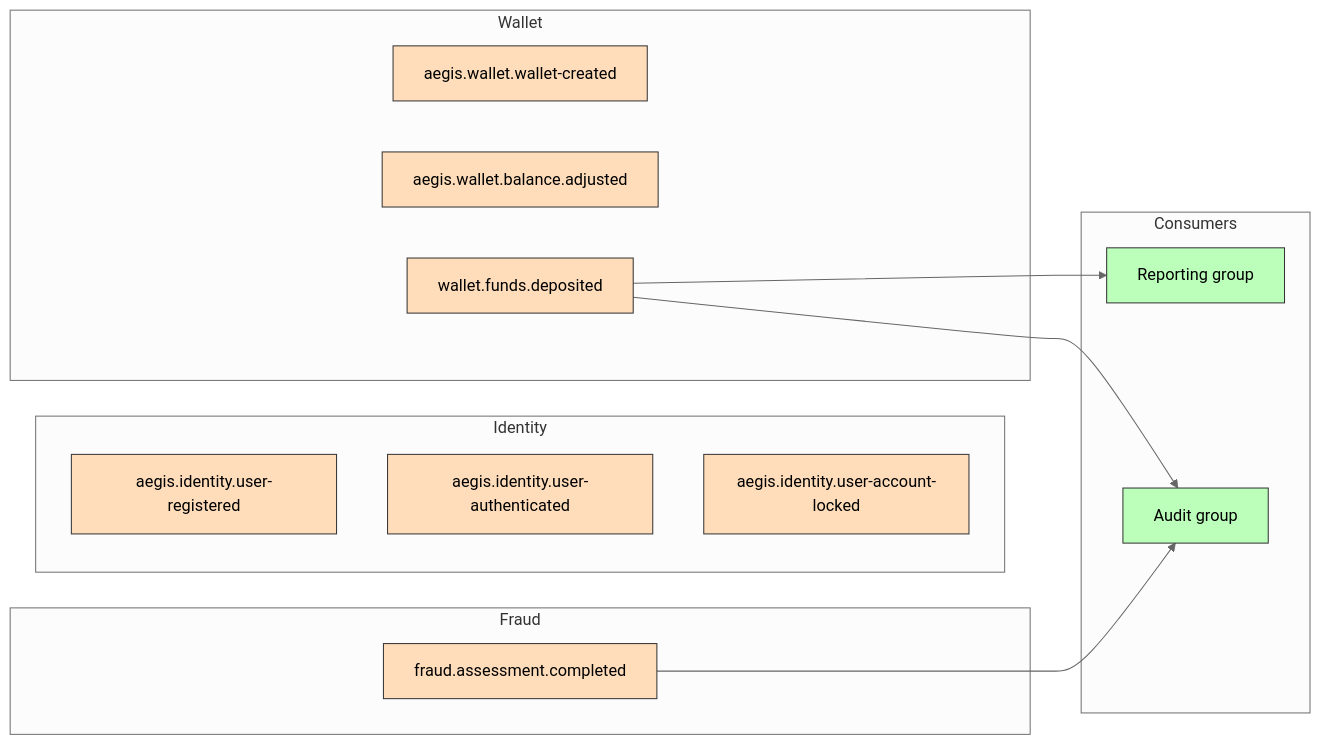
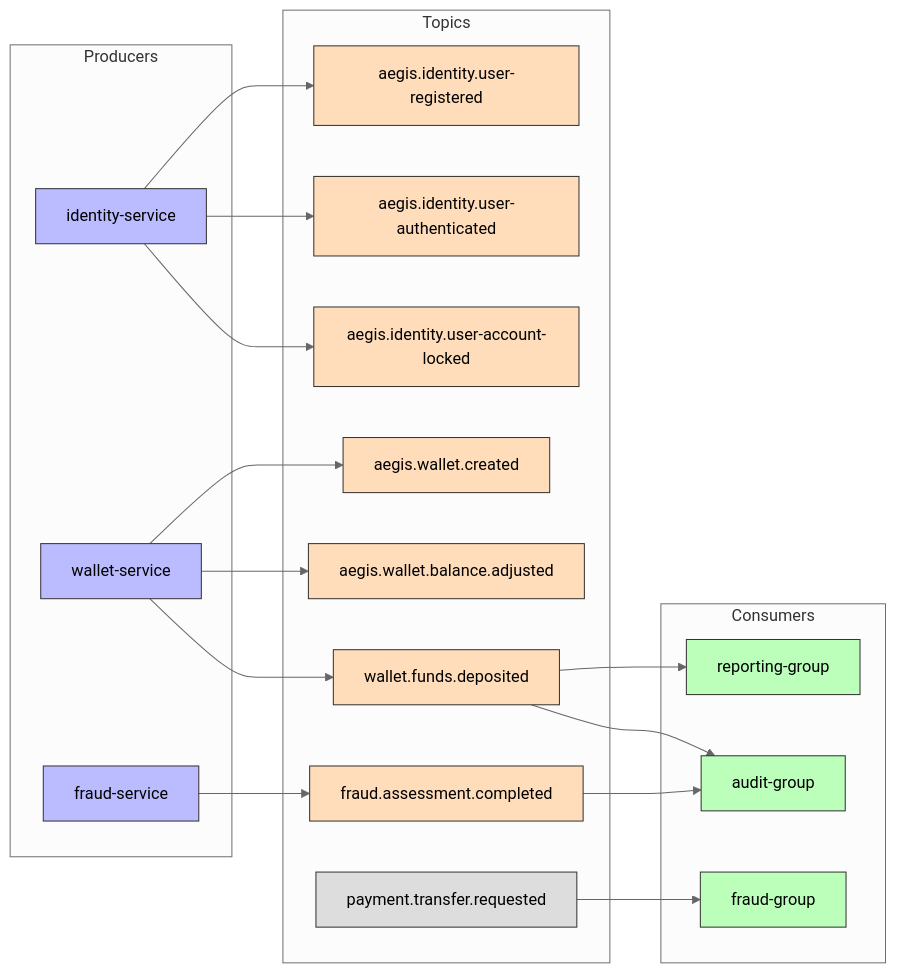
One commit to AlexAlvarezGallardo-GitHub/Aegis changed the first of 2 diagrams in docs/obsidian/05 - Infrastructure/Kafka Topics.md. Above: the diagram before and after it, drawn with Mermaid (neutral theme). The commit also changed other lines of this file and 87 other files, not shown here.

````diff
--- a/docs/obsidian/05 - Infrastructure/Kafka Topics.md
+++ b/docs/obsidian/05 - Infrastructure/Kafka Topics.md
@@ -11,32 +11,48 @@
 ```mermaid
 graph LR
-    subgraph Identity
+    subgraph Producers
+        P_Identity[identity-service]
+        P_Wallet[wallet-service]
+        P_Fraud[fraud-service]
+    end
+    subgraph Topics
         I_Reg[aegis.identity.user-registered]
         I_Auth[aegis.identity.user-authenticated]
         I_Lock[aegis.identity.user-account-locked]
-    end
-    subgraph Wallet
-        W_Create[aegis.wallet.wallet-created]
+        W_Create[aegis.wallet.created]
         W_Balance[aegis.wallet.balance.adjusted]
         W_Deposit[wallet.funds.deposited]
-    end
-    subgraph Fraud
         F_Assessment[fraud.assessment.completed]
+        P_Transfer[payment.transfer.requested]
     end
     subgraph Consumers
-        Report[Reporting group]
-        Audit[Audit group]
+        Report[reporting-group]
+        Audit[audit-group]
+        Fraud[fraud-group]
     end
+    P_Identity --> I_Reg
+    P_Identity --> I_Auth
+    P_Identity --> I_Lock
+    P_Wallet --> W_Create
+    P_Wallet --> W_Balance
+    P_Wallet --> W_Deposit
+    P_Fraud --> F_Assessment
     W_Deposit --> Report
     W_Deposit --> Audit
     F_Assessment --> Audit
-    style Report fill:#bfb,stroke:#333,color:#000
-    style Audit fill:#bfb,stroke:#333,color:#000
+    P_Transfer --> Fraud
+    style P_Identity fill:#bbf,stroke:#333,color:#000
+    style P_Wallet fill:#bbf,stroke:#333,color:#000
+    style P_Fraud fill:#bbf,stroke:#333,color:#000
     style I_Reg fill:#fdb,stroke:#333,color:#000
     style I_Auth fill:#fdb,stroke:#333,color:#000
     style I_Lock fill:#fdb,stroke:#333,color:#000
     style W_Create fill:#fdb,stroke:#333,color:#000
     style W_Balance fill:#fdb,stroke:#333,color:#000
     style W_Deposit fill:#fdb,stroke:#333,color:#000
     style F_Assessment fill:#fdb,stroke:#333,color:#000
+    style P_Transfer fill:#ddd,stroke:#333,color:#000
+    style Report fill:#bfb,stroke:#333,color:#000
+    style Audit fill:#bfb,stroke:#333,color:#000
+    style Fraud fill:#bfb,stroke:#333,color:#000
 ```
````
